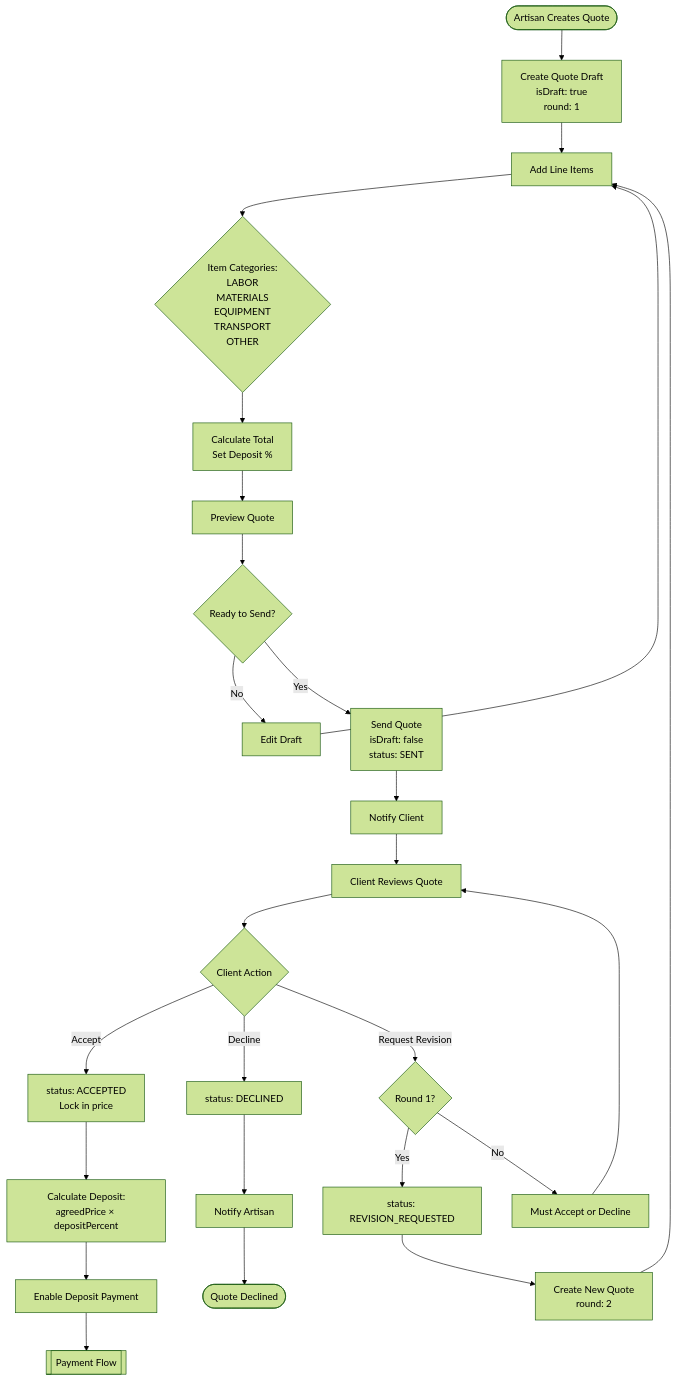
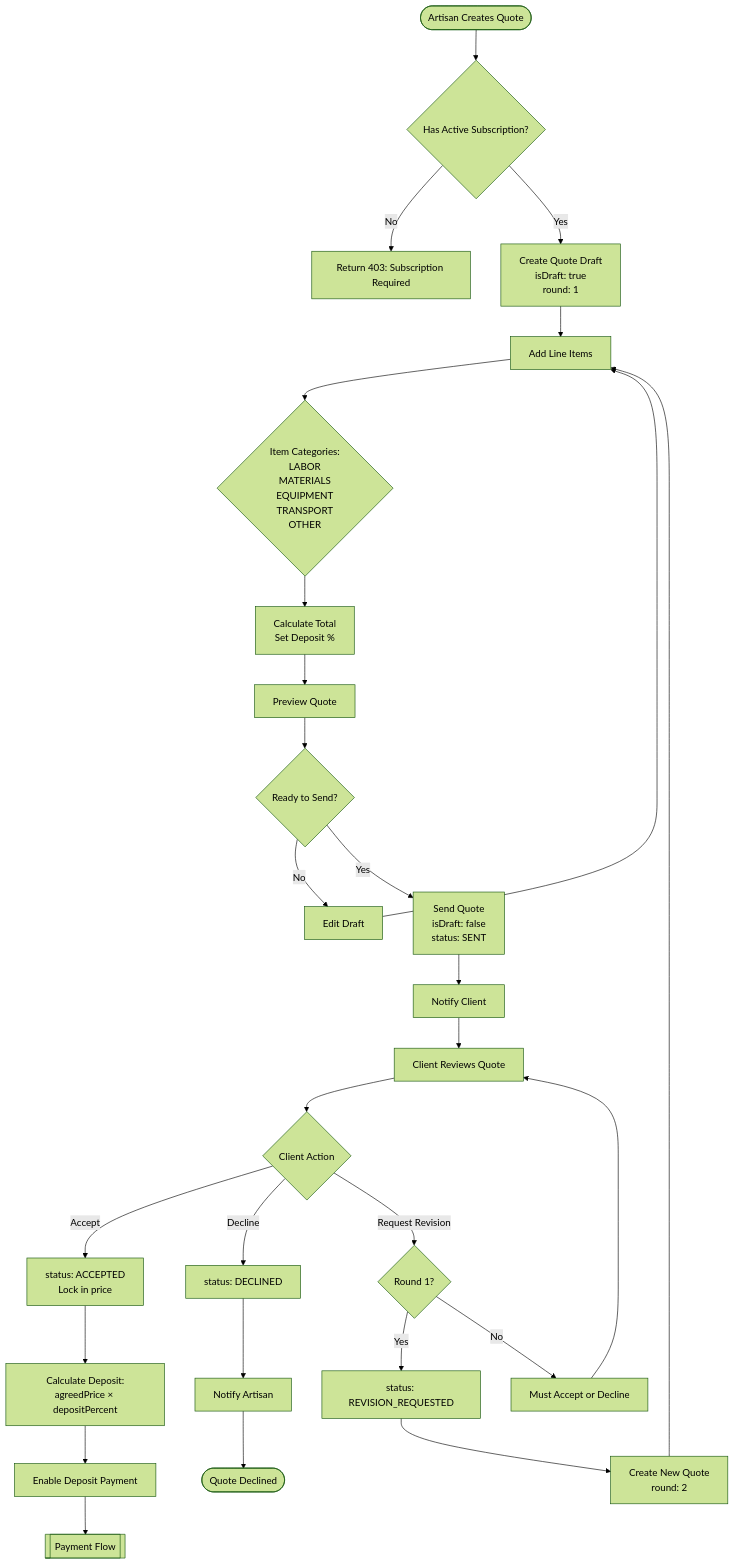
One commit to Mont3ll/ArtisanLink changed the sixth of 15 diagrams in docs/FLOWCHARTS.md. Above: the diagram before and after it, drawn with Mermaid (forest theme). The commit also changed other lines of this file and 23 other files, not shown here.

First line of the commit message:
fix: multi-flow audit — 11 fixes, subscription gating, messaging attachments, admin doc preview

````diff
--- a/docs/FLOWCHARTS.md
+++ b/docs/FLOWCHARTS.md
@@ -198,38 +198,40 @@
 ```mermaid
 flowchart TD
-    Start([Artisan Creates Quote]) --> Draft["Create Quote Draft<br/>isDraft: true<br/>round: 1"]
+    Start([Artisan Creates Quote]) --> CheckSub{Has Active Subscription?}
+    CheckSub -->|No| SubError[Return 403: Subscription Required]
+    CheckSub -->|Yes| Draft["Create Quote Draft<br/>isDraft: true<br/>round: 1"]
     
     Draft --> AddItems[Add Line Items]
     AddItems --> Categories{"Item Categories:<br/>LABOR<br/>MATERIALS<br/>EQUIPMENT<br/>TRANSPORT<br/>OTHER"}
     Categories --> Calculate["Calculate Total<br/>Set Deposit %"]
     
     Calculate --> Preview[Preview Quote]
     Preview --> Ready{Ready to Send?}
     Ready -->|No| EditDraft[Edit Draft]
     EditDraft --> AddItems
     
     Ready -->|Yes| SendQuote["Send Quote<br/>isDraft: false<br/>status: SENT"]
     SendQuote --> NotifyClient[Notify Client]
     
     NotifyClient --> ClientReview[Client Reviews Quote]
     ClientReview --> ClientAction{Client Action}
     
     ClientAction -->|Accept| Accept["status: ACCEPTED<br/>Lock in price"]
     ClientAction -->|Decline| ClientDecline["status: DECLINED"]
     ClientAction -->|Request Revision| CheckRound{Round 1?}
     
     CheckRound -->|Yes| RequestRevision["status: REVISION_REQUESTED"]
     CheckRound -->|No| MustDecide[Must Accept or Decline]
     MustDecide --> ClientReview
     
     RequestRevision --> ReviseQuote["Create New Quote<br/>round: 2"]
     ReviseQuote --> AddItems
     
     Accept --> CalculateDeposit["Calculate Deposit:<br/>agreedPrice × depositPercent"]
     CalculateDeposit --> EnablePayment[Enable Deposit Payment]
     
     ClientDecline --> NotifyArtisan[Notify Artisan]
     NotifyArtisan --> End([Quote Declined])
     
     EnablePayment --> PaymentFlow[[Payment Flow]]
 ```
````
